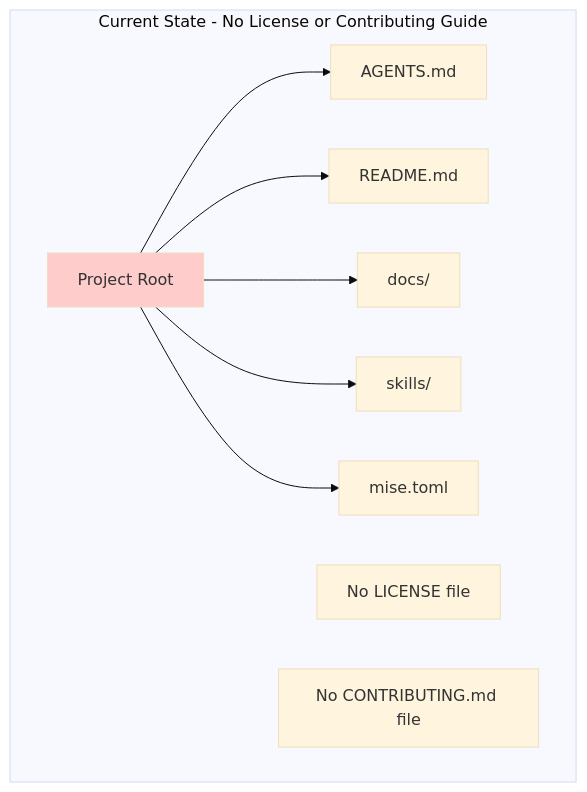
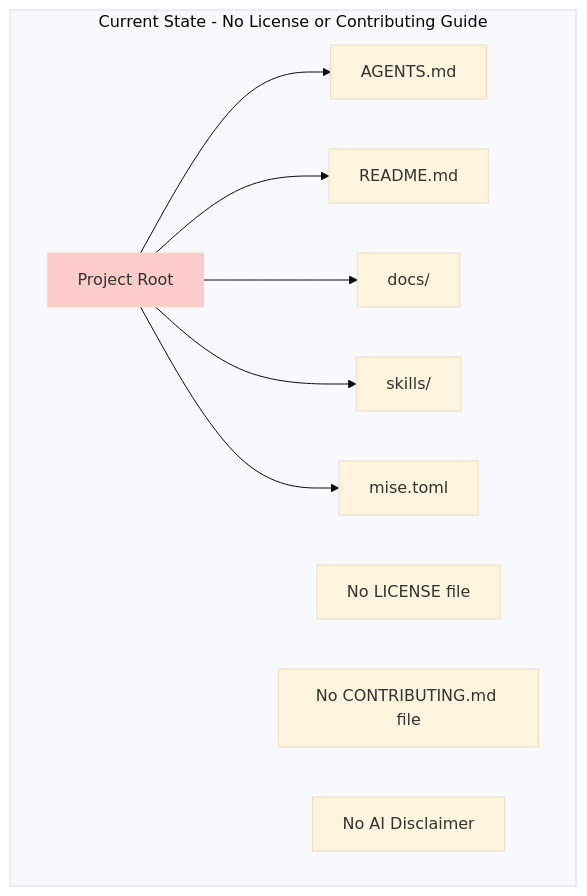
Before and after one commit to desek/governance: the first of 3 diagrams in docs/cr/CR-0003-add-apache-2-license.md, drawn with Mermaid (base theme). The commit also changed other lines of this file, not shown here.

First line of the commit message:
docs(cr): update CR-0003 to include AI Disclaimer

````diff
--- a/docs/cr/CR-0003-add-apache-2-license.md
+++ b/docs/cr/CR-0003-add-apache-2-license.md
@@ -53,13 +64,14 @@
 ```mermaid
 flowchart TD
     subgraph Current["Current State - No License or Contributing Guide"]
         A[Project Root] --> B[AGENTS.md]
         A --> C[README.md]
         A --> D[docs/]
         A --> E[skills/]
         A --> F[mise.toml]
         style A fill:#ffcccc
         note1[No LICENSE file]
         note2[No CONTRIBUTING.md file]
+        note3[No AI Disclaimer]
     end
 ```
````
